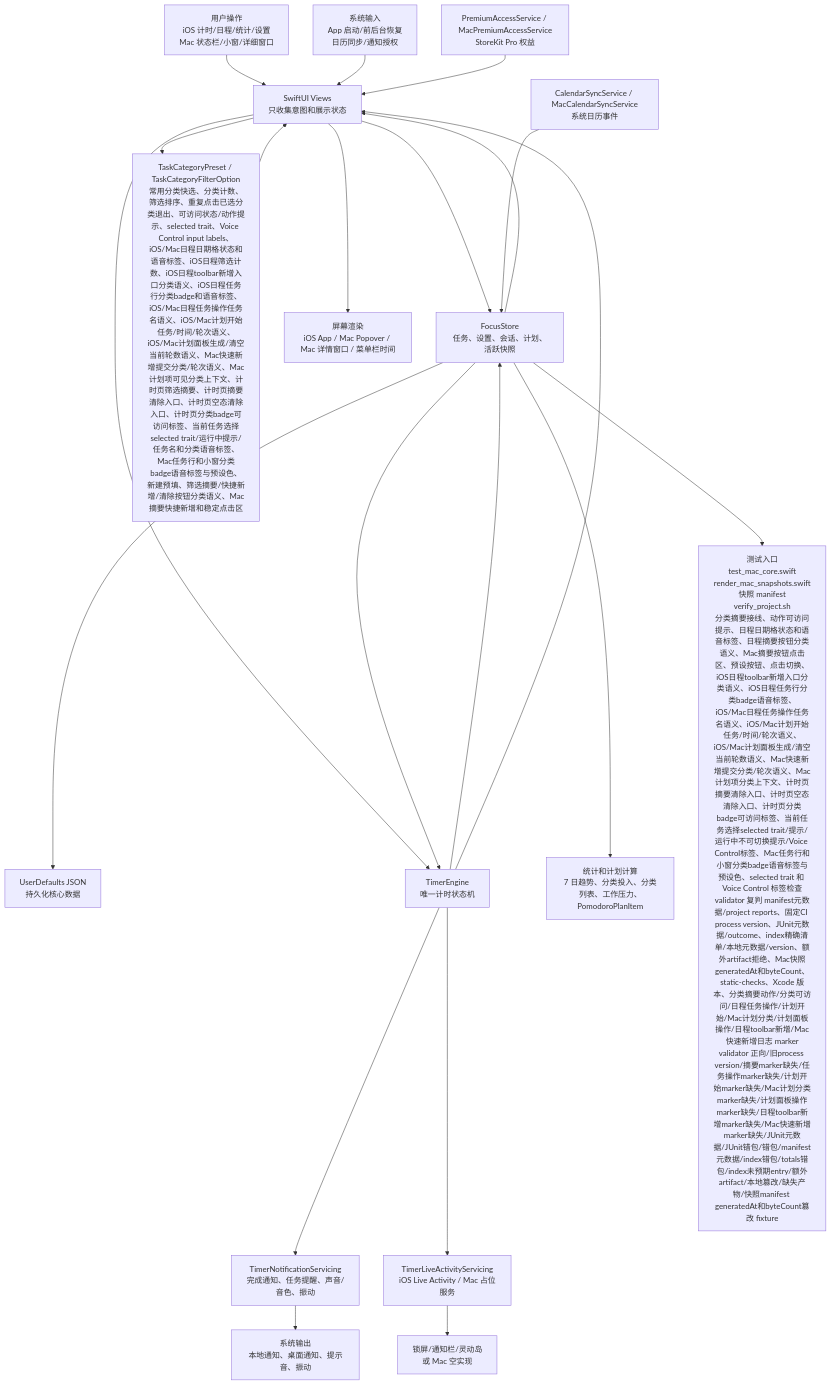
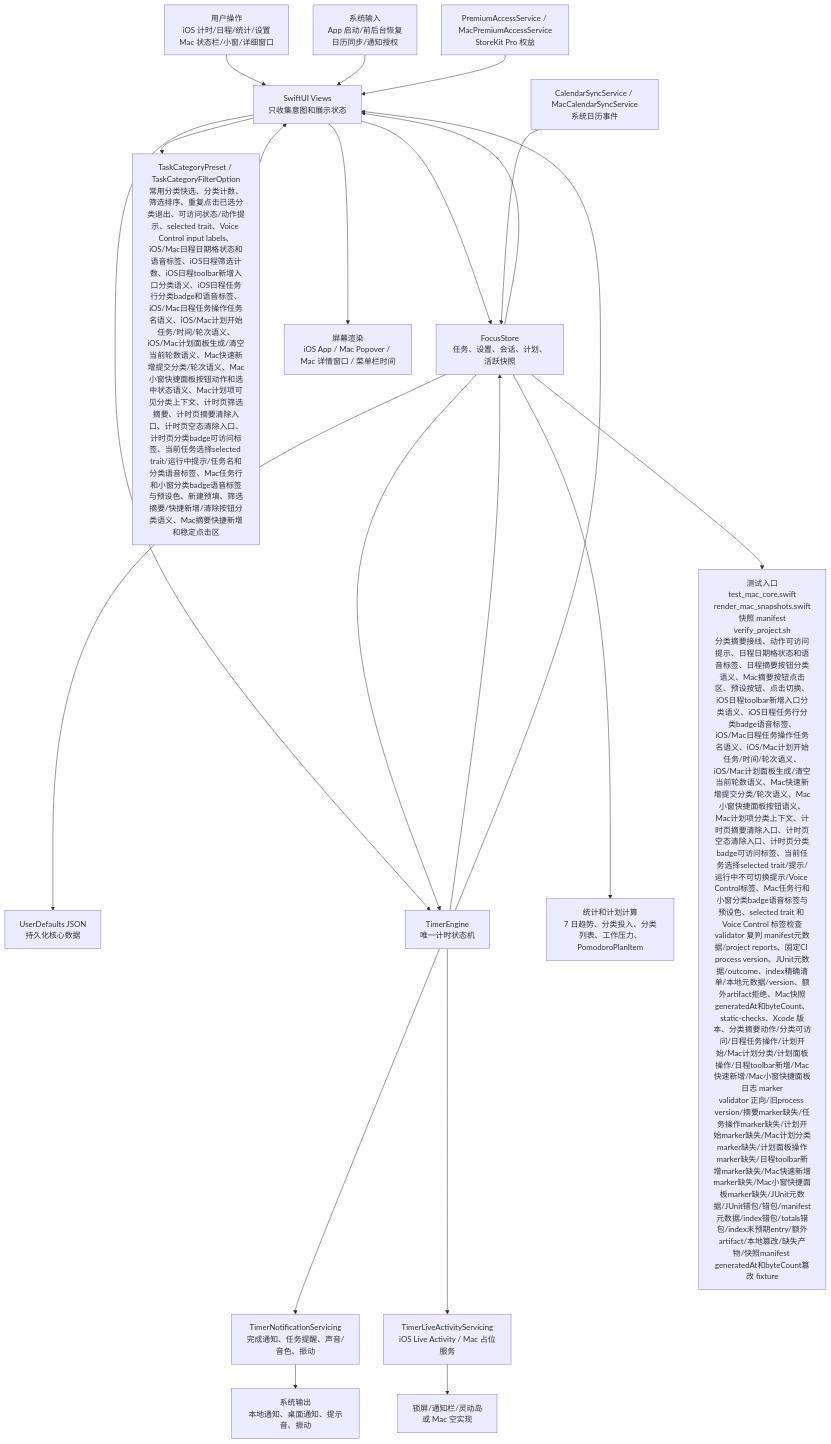
One commit to Altman-sam114/114 changed the first of 6 diagrams in md/flow/flowchart.md. Above: the diagram before and after it, drawn with Mermaid. The commit also changed other lines of this file and 8 other files, not shown here.

````diff
--- a/md/flow/flowchart.md
+++ b/md/flow/flowchart.md
@@ -9,23 +9,23 @@
 ```mermaid
 flowchart TD
   U["用户操作<br/>iOS 计时/日程/统计/设置<br/>Mac 状态栏/小窗/详细窗口"] --> V["SwiftUI Views<br/>只收集意图和展示状态"]
   SYS["系统输入<br/>App 启动/前后台恢复<br/>日历同步/通知授权"] --> V
   V --> S["FocusStore<br/>任务、设置、会话、计划、活跃快照"]
-  V --> CAT["TaskCategoryPreset / TaskCategoryFilterOption<br/>常用分类快选、分类计数、筛选排序、重复点击已选分类退出、可访问状态/动作提示、selected trait、Voice Control input labels、iOS/Mac日程日期格状态和语音标签、iOS日程筛选计数、iOS日程toolbar新增入口分类语义、iOS日程任务行分类badge和语音标签、iOS/Mac日程任务操作任务名语义、iOS/Mac计划开始任务/时间/轮次语义、iOS/Mac计划面板生成/清空当前轮数语义、Mac快速新增提交分类/轮次语义、Mac计划项可见分类上下文、计时页筛选摘要、计时页摘要清除入口、计时页空态清除入口、计时页分类badge可访问标签、当前任务选择selected trait/运行中提示/任务名和分类语音标签、Mac任务行和小窗分类badge语音标签与预设色、新建预填、筛选摘要/快捷新增/清除按钮分类语义、Mac摘要快捷新增和稳定点击区"]
+  V --> CAT["TaskCategoryPreset / TaskCategoryFilterOption<br/>常用分类快选、分类计数、筛选排序、重复点击已选分类退出、可访问状态/动作提示、selected trait、Voice Control input labels、iOS/Mac日程日期格状态和语音标签、iOS日程筛选计数、iOS日程toolbar新增入口分类语义、iOS日程任务行分类badge和语音标签、iOS/Mac日程任务操作任务名语义、iOS/Mac计划开始任务/时间/轮次语义、iOS/Mac计划面板生成/清空当前轮数语义、Mac快速新增提交分类/轮次语义、Mac小窗快捷面板按钮动作和选中状态语义、Mac计划项可见分类上下文、计时页筛选摘要、计时页摘要清除入口、计时页空态清除入口、计时页分类badge可访问标签、当前任务选择selected trait/运行中提示/任务名和分类语音标签、Mac任务行和小窗分类badge语音标签与预设色、新建预填、筛选摘要/快捷新增/清除按钮分类语义、Mac摘要快捷新增和稳定点击区"]
   CAT --> V
   S --> P["UserDefaults JSON<br/>持久化核心数据"]
   V --> E["TimerEngine<br/>唯一计时状态机"]
   S --> E
   E --> S
   E --> N["TimerNotificationServicing<br/>完成通知、任务提醒、声音/音色、振动"]
   E --> L["TimerLiveActivityServicing<br/>iOS Live Activity / Mac 占位服务"]
   S --> C["统计和计划计算<br/>7 日趋势、分类投入、分类列表、工作压力、PomodoroPlanItem"]
   CAL["CalendarSyncService / MacCalendarSyncService<br/>系统日历事件"] --> S
   PRO["PremiumAccessService / MacPremiumAccessService<br/>StoreKit Pro 权益"] --> V
   S --> V
   E --> V
   V --> OUT["屏幕渲染<br/>iOS App / Mac Popover / Mac 详情窗口 / 菜单栏时间"]
   N --> OUT2["系统输出<br/>本地通知、桌面通知、提示音、振动"]
   L --> OUT3["锁屏/通知栏/灵动岛<br/>或 Mac 空实现"]
-  S --> T["测试入口<br/>test_mac_core.swift<br/>render_mac_snapshots.swift<br/>快照 manifest<br/>verify_project.sh<br/>分类摘要接线、动作可访问提示、日程日期格状态和语音标签、日程摘要按钮分类语义、Mac摘要按钮点击区、预设按钮、点击切换、iOS日程toolbar新增入口分类语义、iOS日程任务行分类badge语音标签、iOS/Mac日程任务操作任务名语义、iOS/Mac计划开始任务/时间/轮次语义、iOS/Mac计划面板生成/清空当前轮数语义、Mac快速新增提交分类/轮次语义、Mac计划项分类上下文、计时页摘要清除入口、计时页空态清除入口、计时页分类badge可访问标签、当前任务选择selected trait/提示/运行中不可切换提示/Voice Control标签、Mac任务行和小窗分类badge语音标签与预设色、selected trait 和 Voice Control 标签检查<br/>validator 复判 manifest元数据/project reports、固定CI process version、JUnit元数据/outcome、index精确清单/本地元数据/version、额外artifact拒绝、Mac快照generatedAt和byteCount、static-checks、Xcode 版本、分类摘要动作/分类可访问/日程任务操作/计划开始/Mac计划分类/计划面板操作/日程toolbar新增/Mac快速新增日志 marker<br/>validator 正向/旧process version/摘要marker缺失/任务操作marker缺失/计划开始marker缺失/Mac计划分类marker缺失/计划面板操作marker缺失/日程toolbar新增marker缺失/Mac快速新增marker缺失/JUnit元数据/JUnit错包/错包/manifest元数据/index错包/totals错包/index未预期entry/额外artifact/本地篡改/缺失产物/快照manifest generatedAt和byteCount篡改 fixture"]
+  S --> T["测试入口<br/>test_mac_core.swift<br/>render_mac_snapshots.swift<br/>快照 manifest<br/>verify_project.sh<br/>分类摘要接线、动作可访问提示、日程日期格状态和语音标签、日程摘要按钮分类语义、Mac摘要按钮点击区、预设按钮、点击切换、iOS日程toolbar新增入口分类语义、iOS日程任务行分类badge语音标签、iOS/Mac日程任务操作任务名语义、iOS/Mac计划开始任务/时间/轮次语义、iOS/Mac计划面板生成/清空当前轮数语义、Mac快速新增提交分类/轮次语义、Mac小窗快捷面板按钮语义、Mac计划项分类上下文、计时页摘要清除入口、计时页空态清除入口、计时页分类badge可访问标签、当前任务选择selected trait/提示/运行中不可切换提示/Voice Control标签、Mac任务行和小窗分类badge语音标签与预设色、selected trait 和 Voice Control 标签检查<br/>validator 复判 manifest元数据/project reports、固定CI process version、JUnit元数据/outcome、index精确清单/本地元数据/version、额外artifact拒绝、Mac快照generatedAt和byteCount、static-checks、Xcode 版本、分类摘要动作/分类可访问/日程任务操作/计划开始/Mac计划分类/计划面板操作/日程toolbar新增/Mac快速新增/Mac小窗快捷面板日志 marker<br/>validator 正向/旧process version/摘要marker缺失/任务操作marker缺失/计划开始marker缺失/Mac计划分类marker缺失/计划面板操作marker缺失/日程toolbar新增marker缺失/Mac快速新增marker缺失/Mac小窗快捷面板marker缺失/JUnit元数据/JUnit错包/错包/manifest元数据/index错包/totals错包/index未预期entry/额外artifact/本地篡改/缺失产物/快照manifest generatedAt和byteCount篡改 fixture"]
 ```
````
